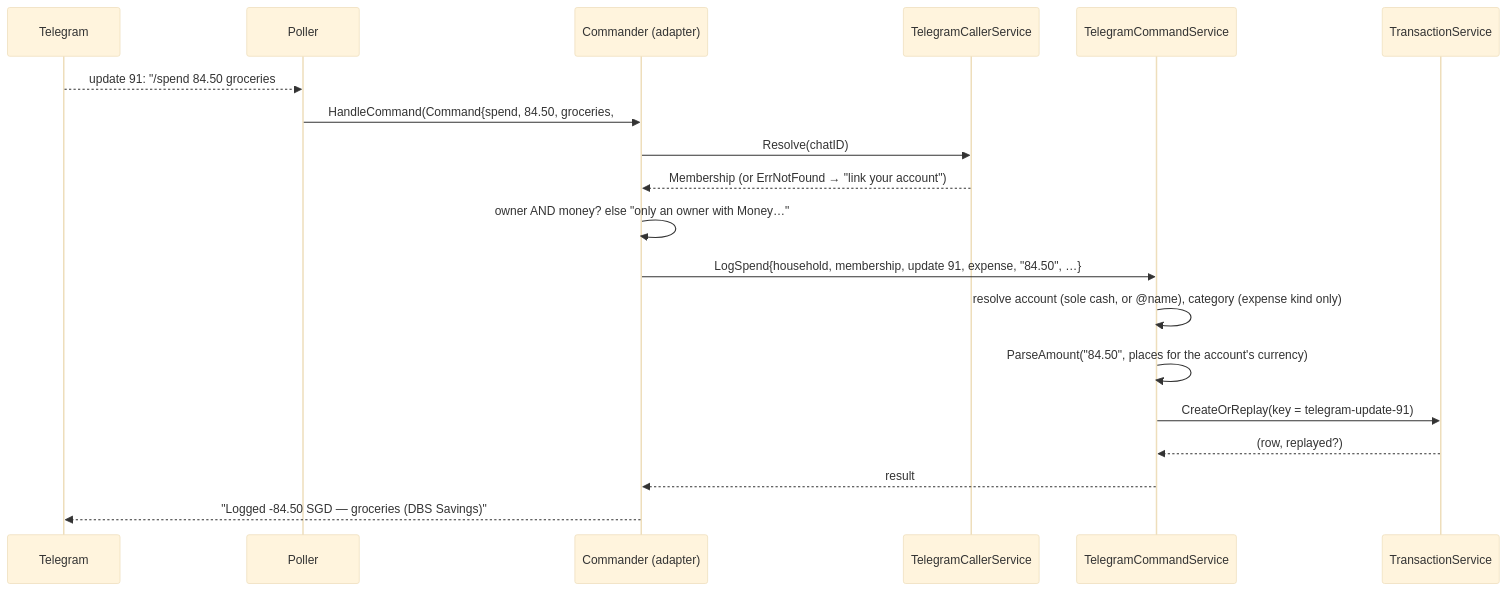
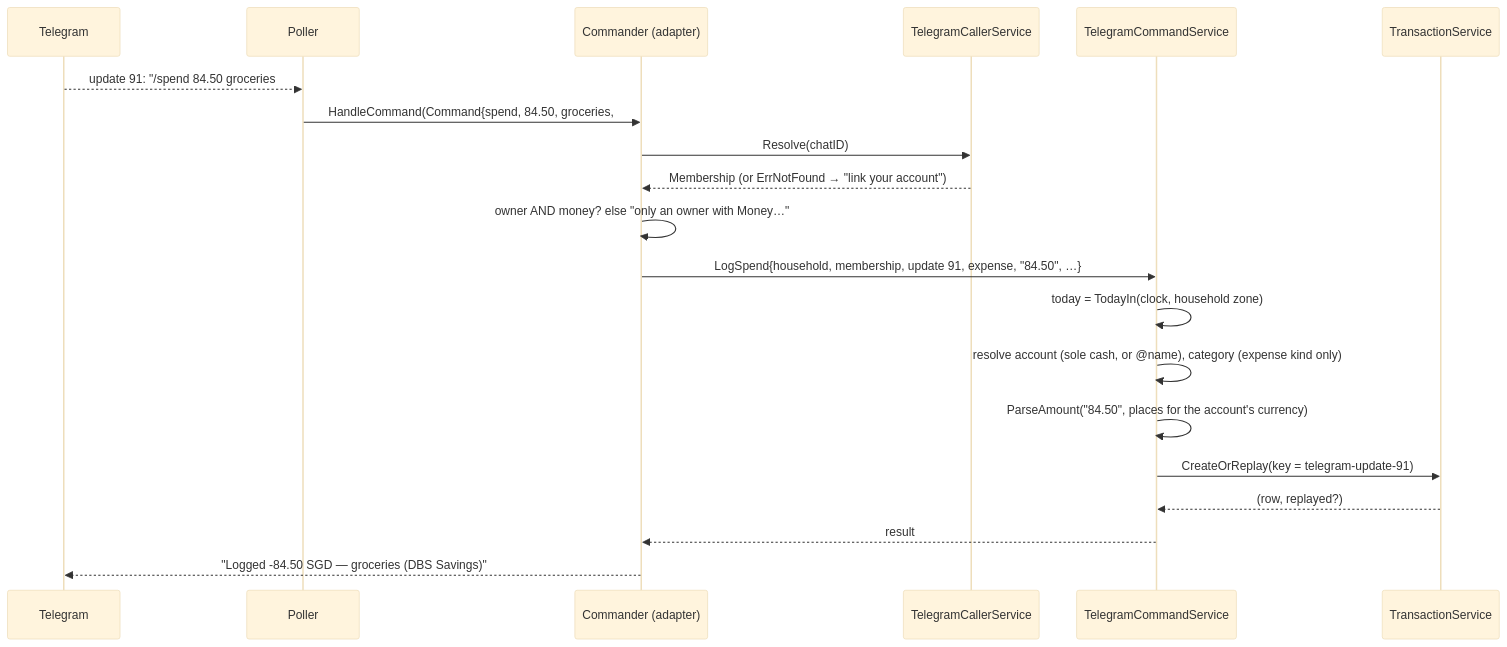
One commit to oandrz/Household changed the tenth of 28 diagrams in docs/SYSTEM_DESIGN.md. Above: the diagram before and after it, drawn with Mermaid (base theme). The commit also changed other lines of this file and 7 other files, not shown here.

````diff
--- a/docs/SYSTEM_DESIGN.md
+++ b/docs/SYSTEM_DESIGN.md
@@ -1757,22 +1803,23 @@
 ```mermaid
 sequenceDiagram
     participant TG as Telegram
     participant P as Poller
     participant C as Commander (adapter)
     participant R as TelegramCallerService
     participant S as TelegramCommandService
     participant T as TransactionService
 
     TG-->>P: update 91: "/spend 84.50 groceries #Groceries"
     P->>C: HandleCommand(Command{spend, 84.50, groceries, #Groceries, update 91})
     C->>R: Resolve(chatID)
     R-->>C: Membership (or ErrNotFound → "link your account")
     C->>C: owner AND money? else "only an owner with Money…"
     C->>S: LogSpend{household, membership, update 91, expense, "84.50", …}
+    S->>S: today = TodayIn(clock, household zone)
     S->>S: resolve account (sole cash, or @name), category (expense kind only)
     S->>S: ParseAmount("84.50", places for the account's currency)
     S->>T: CreateOrReplay(key = telegram-update-91)
     T-->>S: (row, replayed?)
     S-->>C: result
     C-->>TG: "Logged -84.50 SGD — groceries (DBS Savings)"
 ```
````
